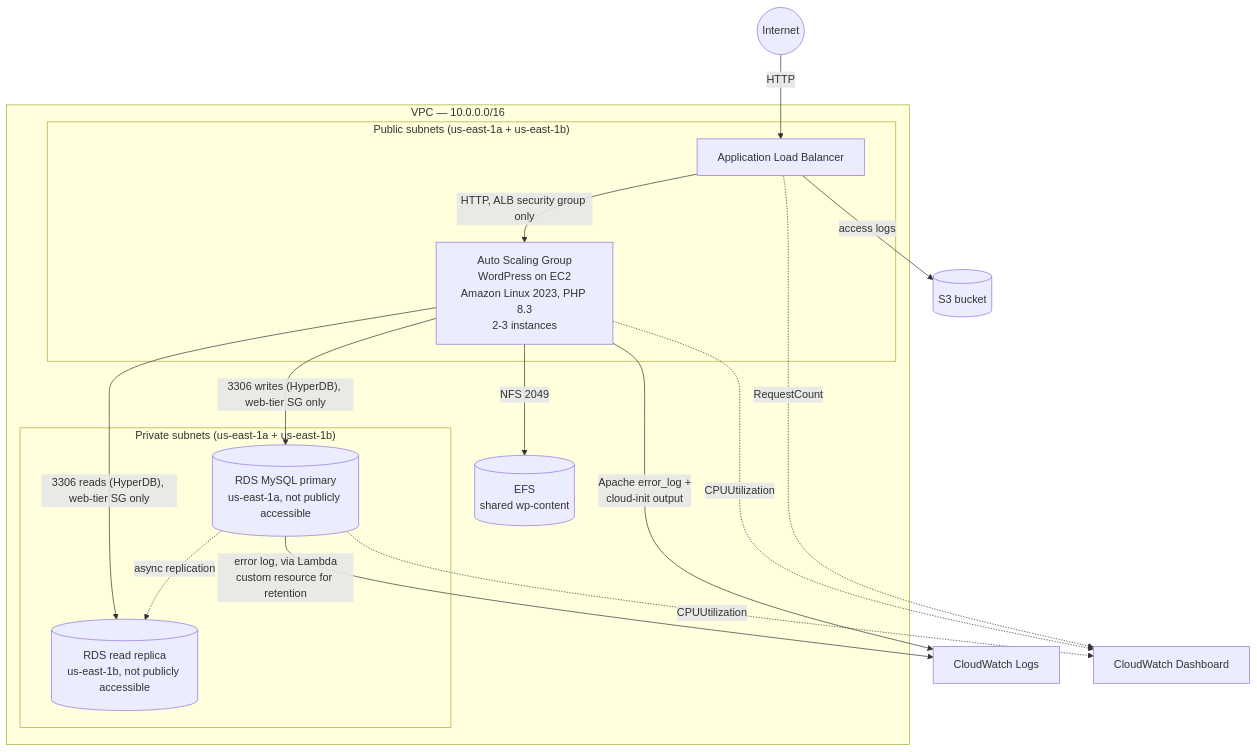
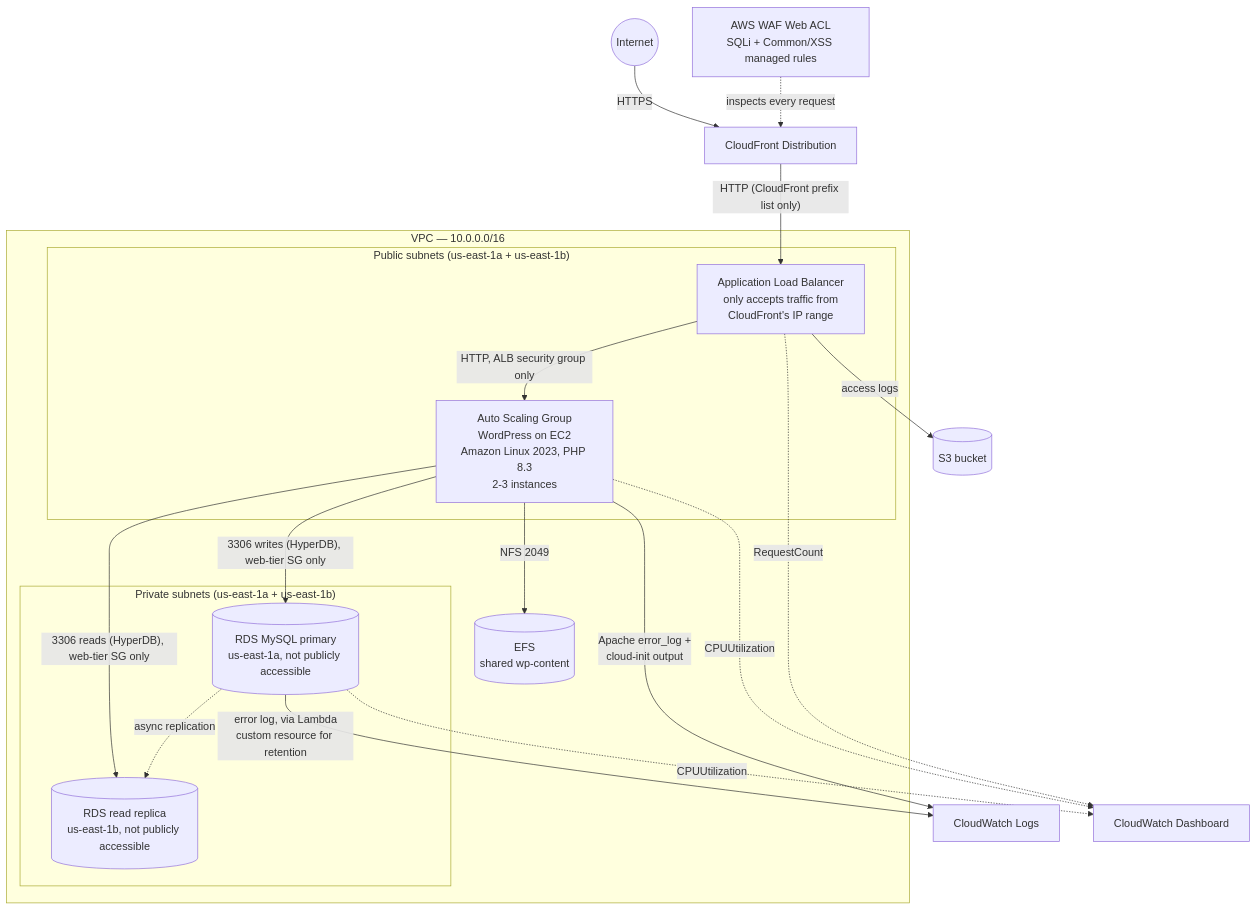
One commit to bdahiya2007/three-tier-web-app-aws changed the first of 2 diagrams in README.md. Above: the diagram before and after it, drawn with Mermaid. The commit also changed other lines of this file and 2 other files, not shown here.

````diff
--- a/README.md
+++ b/README.md
@@ -23,31 +25,35 @@
 ```mermaid
 flowchart TB
     Internet((Internet))
+    WAF[AWS WAF Web ACL<br/>SQLi + Common/XSS managed rules]
+    CF[CloudFront Distribution]
 
     subgraph VPC["VPC — 10.0.0.0/16"]
         subgraph Public["Public subnets (us-east-1a + us-east-1b)"]
-            ALB[Application Load Balancer]
+            ALB["Application Load Balancer<br/>only accepts traffic from<br/>CloudFront's IP range"]
             ASG["Auto Scaling Group<br/>WordPress on EC2<br/>Amazon Linux 2023, PHP 8.3<br/>2-3 instances"]
         end
         subgraph Private["Private subnets (us-east-1a + us-east-1b)"]
             RDS[("RDS MySQL primary<br/>us-east-1a, not publicly accessible")]
             Replica[("RDS read replica<br/>us-east-1b, not publicly accessible")]
         end
         EFS[("EFS<br/>shared wp-content")]
     end
 
-    Internet -->|HTTP| ALB
+    Internet -->|HTTPS| CF
+    WAF -.->|inspects every request| CF
+    CF -->|"HTTP (CloudFront prefix list only)"| ALB
     ALB -->|HTTP, ALB security group only| ASG
     ASG -->|"3306 writes (HyperDB), web-tier SG only"| RDS
     ASG -->|"3306 reads (HyperDB), web-tier SG only"| Replica
     RDS -.->|async replication| Replica
     ASG -->|NFS 2049| EFS
 
     ALB -->|access logs| S3[(S3 bucket)]
     ASG -->|Apache error_log +<br/>cloud-init output| CWLogs[CloudWatch Logs]
     RDS -->|error log, via Lambda<br/>custom resource for retention| CWLogs
     CWDash[CloudWatch Dashboard]
     ASG -.->|CPUUtilization| CWDash
     RDS -.->|CPUUtilization| CWDash
     ALB -.->|RequestCount| CWDash
 ```
````
